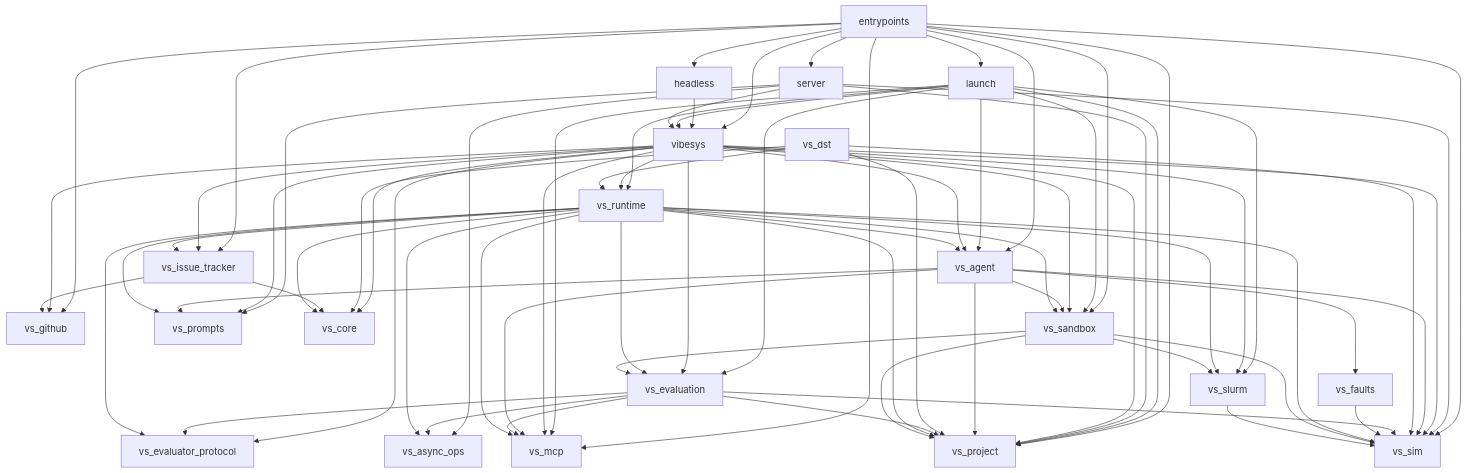
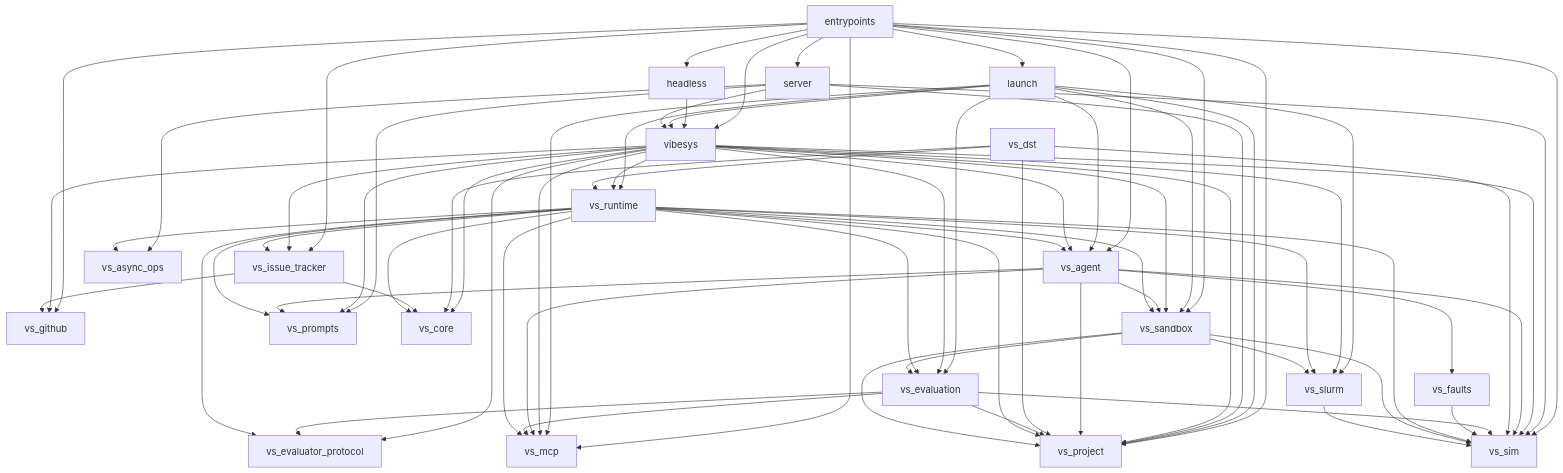
Before and after one commit to uw-syfi/vibesys: the diagram in docs/contributing/architecture.md, drawn with Mermaid. The commit also changed 1 other file, not shown here.

Commit message:
chore: shrink the purity baseline and tach graph for the deleted modules
Claude-Session: https://claude.ai/code/session_01Wsyfw1wUZLpZc3yTbysgJt

````diff
--- a/docs/contributing/architecture.md
+++ b/docs/contributing/architecture.md
@@ -107,76 +107,75 @@
 ```mermaid
 graph TD
     entrypoints --> headless
     entrypoints --> launch
     entrypoints --> server
     entrypoints --> vibesys
     entrypoints --> vs_agent
     entrypoints --> vs_github
     entrypoints --> vs_issue_tracker
     entrypoints --> vs_mcp
     entrypoints --> vs_project
     entrypoints --> vs_sandbox
     entrypoints --> vs_sim
     headless --> vibesys
     launch --> vibesys
     launch --> vs_agent
     launch --> vs_evaluation
     launch --> vs_mcp
     launch --> vs_project
     launch --> vs_runtime
     launch --> vs_sandbox
     launch --> vs_slurm
     server --> vibesys
     server --> vs_async_ops
     server --> vs_project
     server --> vs_prompts
     server --> vs_sim
     vibesys --> vs_agent
     vibesys --> vs_core
     vibesys --> vs_evaluation
     vibesys --> vs_evaluator_protocol
     vibesys --> vs_github
     vibesys --> vs_issue_tracker
     vibesys --> vs_mcp
     vibesys --> vs_project
     vibesys --> vs_prompts
     vibesys --> vs_runtime
     vibesys --> vs_sandbox
     vibesys --> vs_sim
     vibesys --> vs_slurm
     vs_agent --> vs_faults
     vs_agent --> vs_mcp
     vs_agent --> vs_project
     vs_agent --> vs_prompts
     vs_agent --> vs_sandbox
     vs_agent --> vs_sim
     vs_dst --> vs_core
     vs_dst --> vs_project
     vs_dst --> vs_runtime
     vs_dst --> vs_sim
-    vs_evaluation --> vs_async_ops
     vs_evaluation --> vs_evaluator_protocol
     vs_evaluation --> vs_mcp
     vs_evaluation --> vs_project
     vs_evaluation --> vs_sim
     vs_faults --> vs_sim
     vs_issue_tracker --> vs_core
     vs_issue_tracker --> vs_github
     vs_runtime --> vs_agent
     vs_runtime --> vs_async_ops
     vs_runtime --> vs_core
     vs_runtime --> vs_evaluation
     vs_runtime --> vs_evaluator_protocol
     vs_runtime --> vs_issue_tracker
     vs_runtime --> vs_mcp
     vs_runtime --> vs_project
     vs_runtime --> vs_prompts
     vs_runtime --> vs_sandbox
     vs_runtime --> vs_sim
     vs_runtime --> vs_slurm
     vs_sandbox --> vs_evaluation
     vs_sandbox --> vs_project
     vs_sandbox --> vs_sim
     vs_sandbox --> vs_slurm
     vs_slurm --> vs_sim
 ```
````
